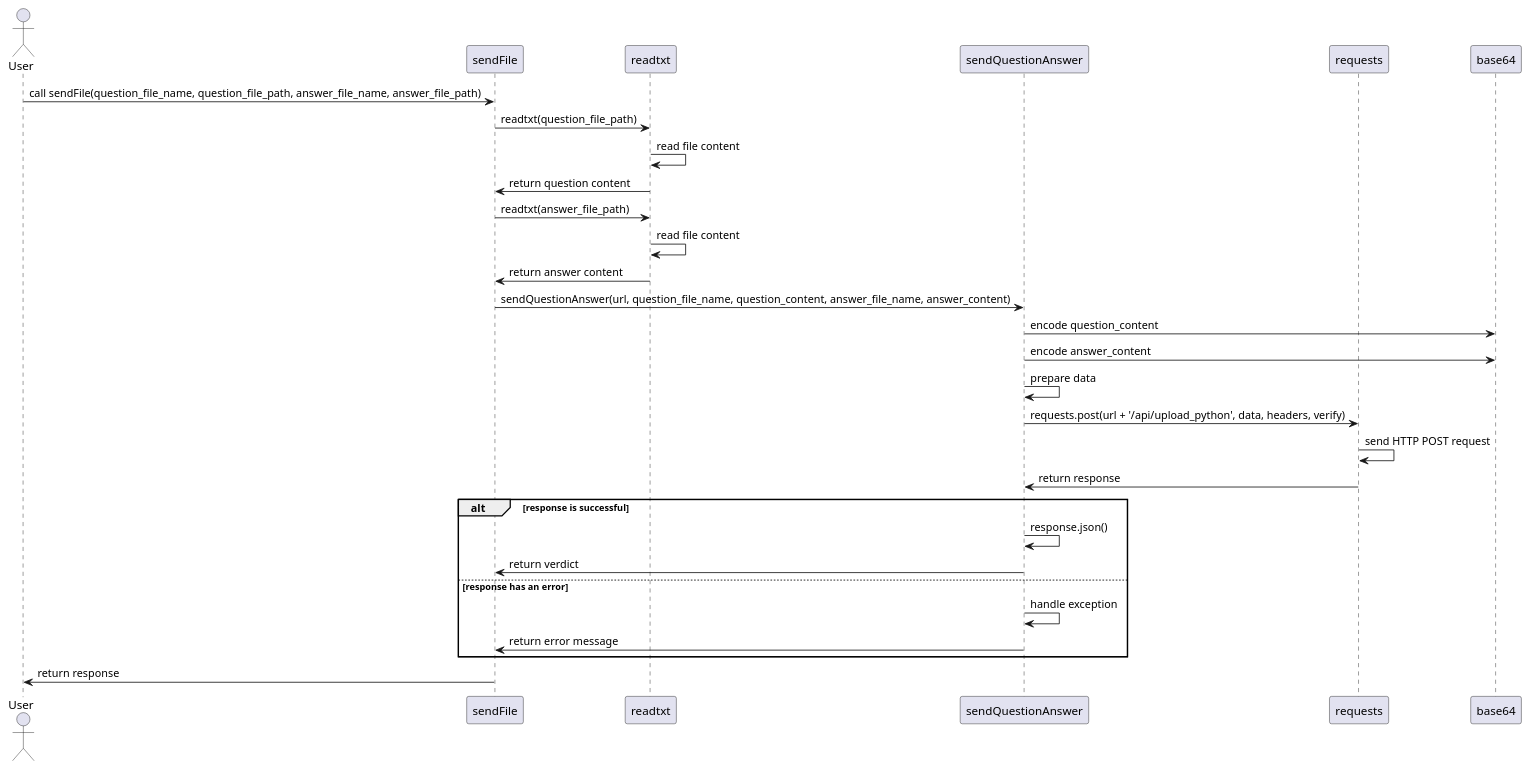
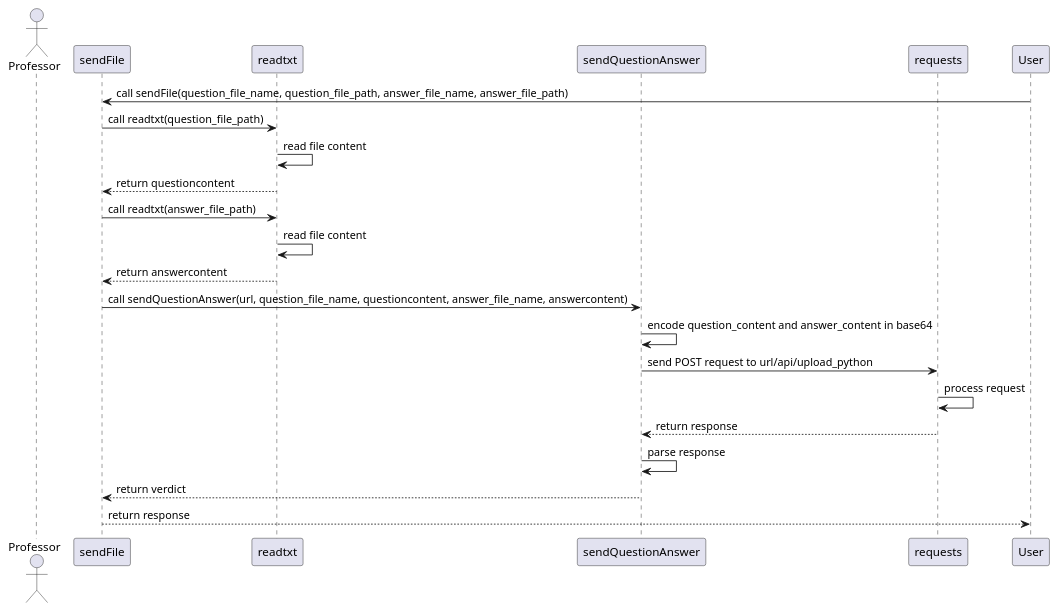
One commit to NoahS20/Grad-Project changed the diagram in Diagrams/Sequence Diagrams/IntegrationUMLSequence.wsd. Above: the diagram before and after it, drawn with PlantUML. The commit also changed 1 other file, not shown here.

Commit message:
Updated Integration.py sequence diagram

```diff
--- a/Diagrams/Sequence Diagrams/IntegrationUMLSequence.wsd
+++ b/Diagrams/Sequence Diagrams/IntegrationUMLSequence.wsd
@@ -1,35 +1,29 @@
 @startuml
-actor User
-
+actor Professor
 participant sendFile
 participant readtxt
 participant sendQuestionAnswer
 participant requests
 
 User -> sendFile: call sendFile(question_file_name, question_file_path, answer_file_name, answer_file_path)
-sendFile -> readtxt: readtxt(question_file_path)
+sendFile -> readtxt: call readtxt(question_file_path)
 readtxt -> readtxt: read file content
-readtxt -> sendFile: return question content
+readtxt --> sendFile: return questioncontent
 
-sendFile -> readtxt: readtxt(answer_file_path)
+sendFile -> readtxt: call readtxt(answer_file_path)
 readtxt -> readtxt: read file content
-readtxt -> sendFile: return answer content
+readtxt --> sendFile: return answercontent
 
-sendFile -> sendQuestionAnswer: sendQuestionAnswer(url, question_file_name, question_content, answer_file_name, answer_content)
-sendQuestionAnswer -> base64: encode question_content
-sendQuestionAnswer -> base64: encode answer_content
-sendQuestionAnswer -> sendQuestionAnswer: prepare data
-sendQuestionAnswer -> requests: requests.post(url + '/api/upload_python', data, headers, verify)
-requests -> requests: send HTTP POST request
-requests -> sendQuestionAnswer: return response
+sendFile -> sendQuestionAnswer: call sendQuestionAnswer(url, question_file_name, questioncontent, answer_file_name, answercontent)
+sendQuestionAnswer -> sendQuestionAnswer: encode question_content and answer_content in base64
 
-alt response is successful
-    sendQuestionAnswer -> sendQuestionAnswer: response.json()
-    sendQuestionAnswer -> sendFile: return verdict
-else response has an error
-    sendQuestionAnswer -> sendQuestionAnswer: handle exception
-    sendQuestionAnswer -> sendFile: return error message
-end
+sendQuestionAnswer -> requests: send POST request to url/api/upload_python
+requests -> requests: process request
+requests --> sendQuestionAnswer: return response
 
-sendFile -> User: return response
+sendQuestionAnswer -> sendQuestionAnswer: parse response
+sendQuestionAnswer --> sendFile: return verdict
+
+sendFile --> User: return response
+
 @enduml
```
